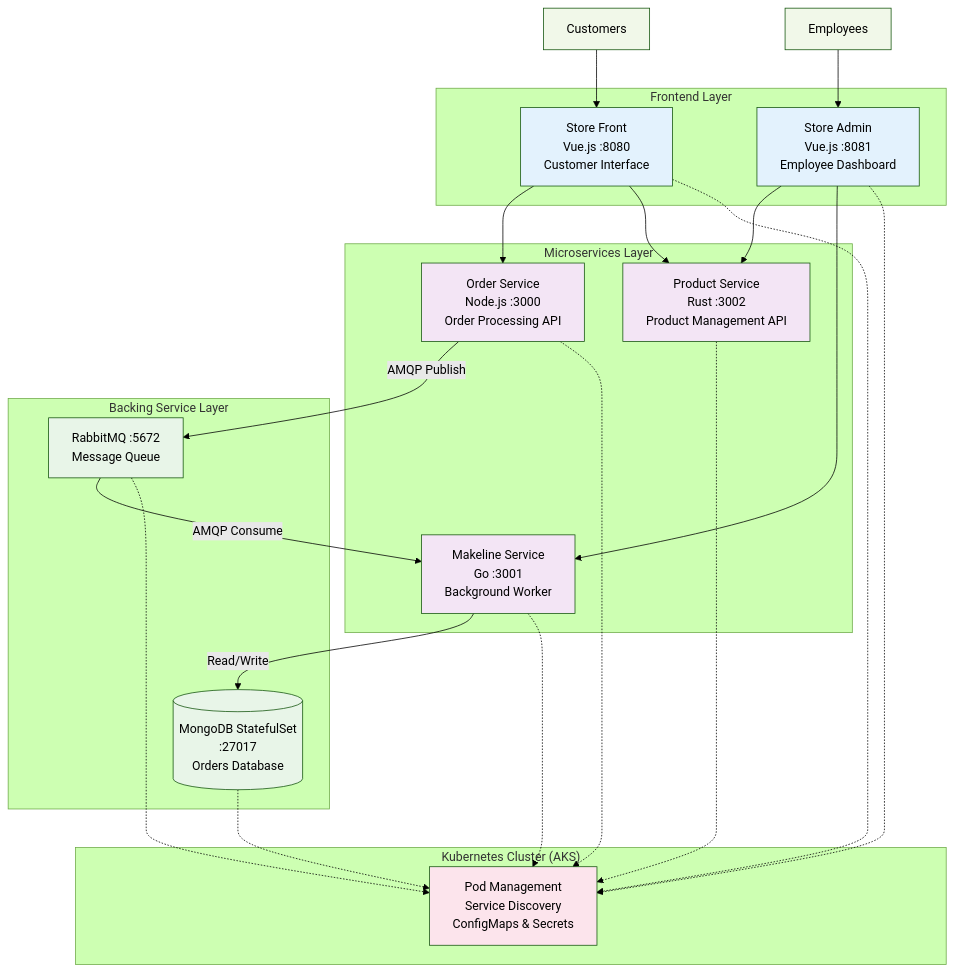
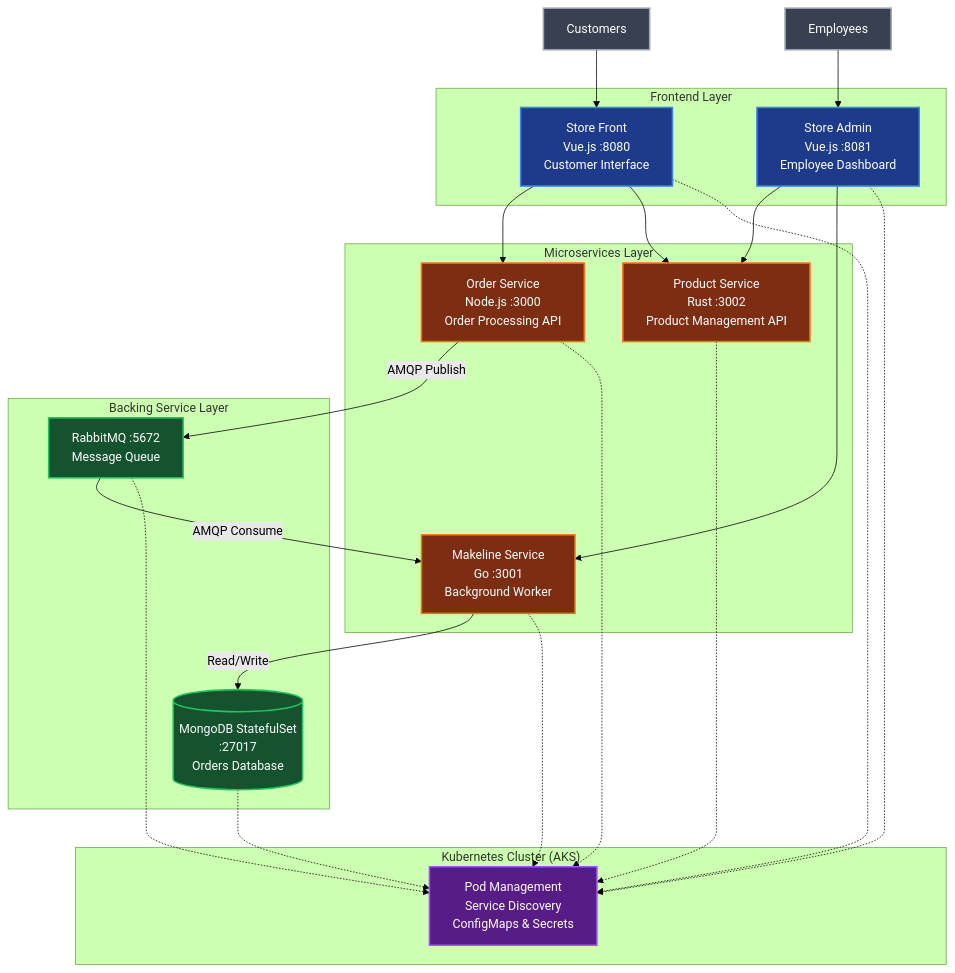
The diagram in README.md (CoreyCauterize/CST8915-Final-Project), drawn with Mermaid (forest theme) before and after one commit. The commit also changed other lines of this file and 1 other file, not shown here.

````diff
--- a/README.md
+++ b/README.md
@@ -7,60 +9,59 @@
 ```mermaid
 graph TB
     subgraph "Frontend Layer"
         SF[Store Front<br/>Vue.js :8080<br/>Customer Interface]
         SA[Store Admin<br/>Vue.js :8081<br/>Employee Dashboard]
     end
 
     subgraph "Microservices Layer"
         OS[Order Service<br/>Node.js :3000<br/>Order Processing API]
         PS[Product Service<br/>Rust :3002<br/>Product Management API]
         MS[Makeline Service<br/>Go :3001<br/>Background Worker]
     end
     
     subgraph "Backing Service Layer"
         RMQ[RabbitMQ :5672<br/>Message Queue]
         DB[(MongoDB StatefulSet<br/>:27017<br/>Orders Database)]
     end
     
     subgraph "Kubernetes Cluster (AKS)"
         KUBE[Pod Management<br/>Service Discovery<br/>ConfigMaps & Secrets]
     end
     
     %% User interactions
     CUST[Customers] --> SF
     EMP[Employees] --> SA
     
     %% Frontend to Backend Services
     SF --> OS
     SF --> PS
     SA --> PS
     SA --> MS
     
     %% Service Communication
     OS -->|AMQP Publish| RMQ
     RMQ -->|AMQP Consume| MS
     MS -->|Read/Write| DB
     
     %% All services managed by Kubernetes
     OS -.-> KUBE
     PS -.-> KUBE
     MS -.-> KUBE
     SF -.-> KUBE
     SA -.-> KUBE
     RMQ -.-> KUBE
     DB -.-> KUBE
     
     %% Styling
-    classDef frontend fill:#e3f2fd
-    classDef gateway fill:#fff3e0  
-    classDef backend fill:#f3e5f5
-    classDef infra fill:#e8f5e8
-    classDef k8s fill:#fce4ec
-    classDef users fill:#f1f8e9
+    classDef frontend fill:#1e3a8a,stroke:#3b82f6,stroke-width:2px,color:#ffffff
+    classDef backend fill:#7c2d12,stroke:#f97316,stroke-width:2px,color:#ffffff
+    classDef infra fill:#14532d,stroke:#22c55e,stroke-width:2px,color:#ffffff
+    classDef k8s fill:#581c87,stroke:#a855f7,stroke-width:2px,color:#ffffff
+    classDef users fill:#374151,stroke:#9ca3af,stroke-width:2px,color:#ffffff
     
     class SF,SA frontend
     class OS,PS,MS backend
     class RMQ,DB infra
     class KUBE k8s
     class CUST,EMP users
 ```
````
